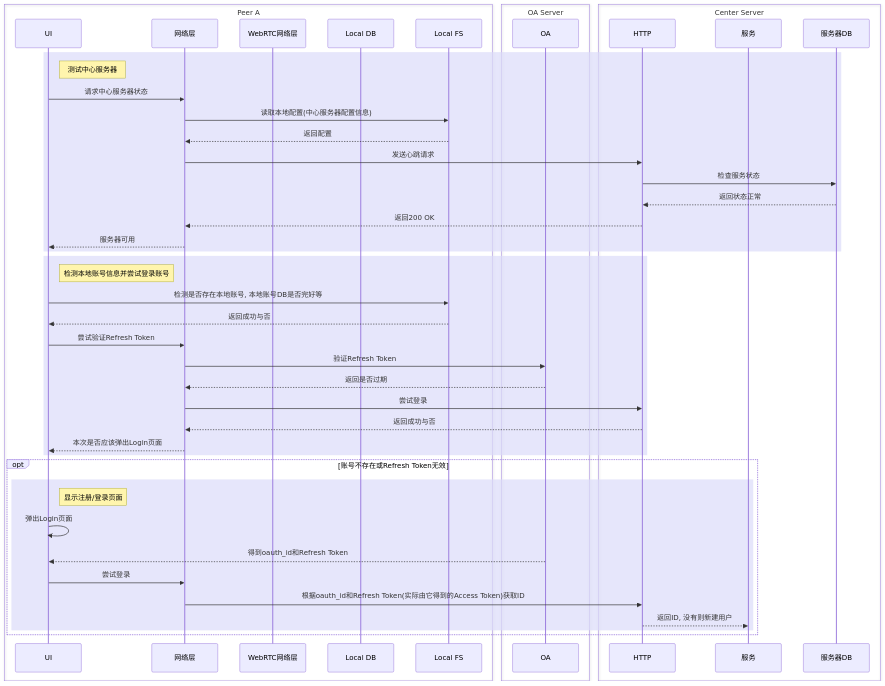
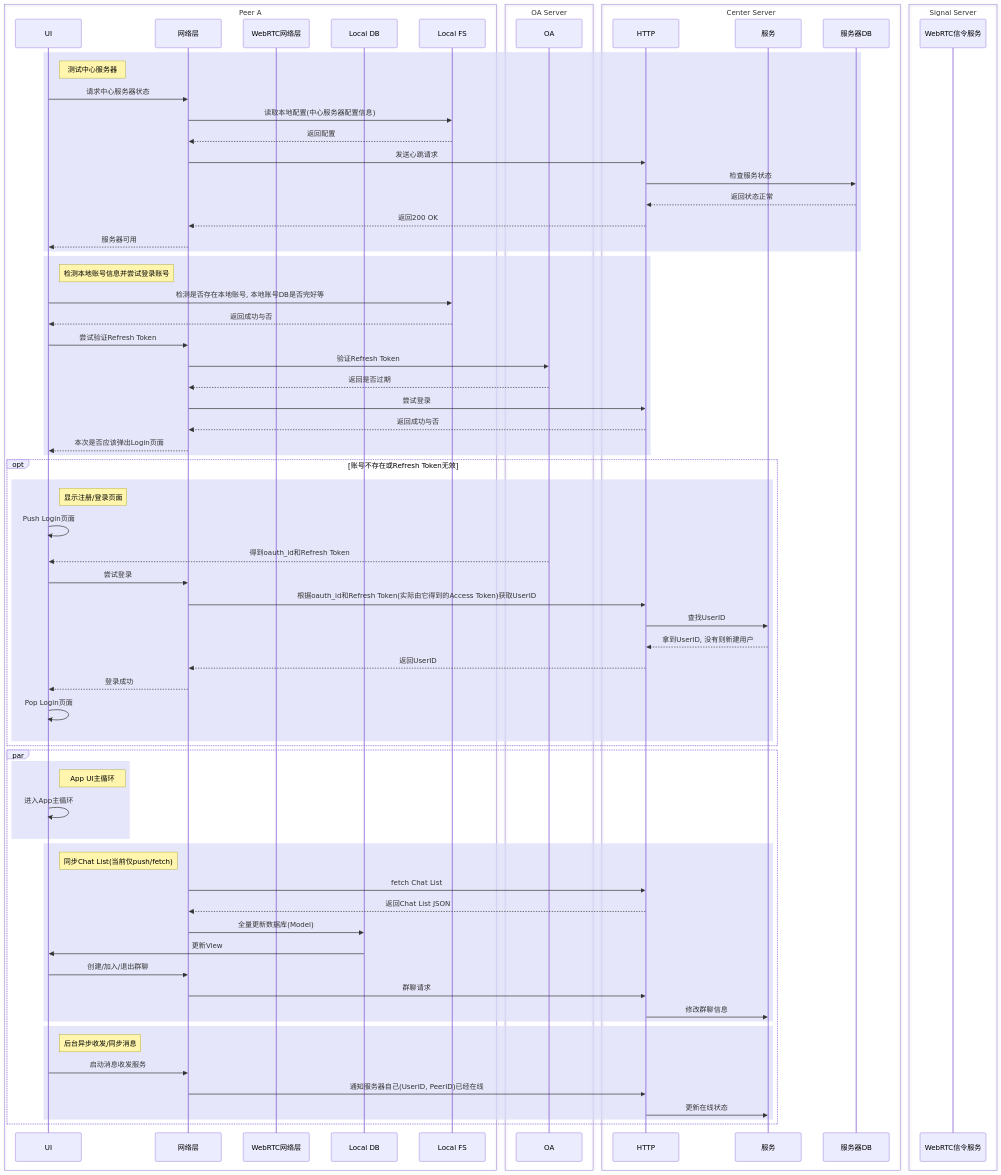
Before and after one commit to Bobby-Ling/Chatorrent: the diagram in docs/Design.md, drawn with Mermaid. The commit also changed other lines of this file, not shown here.

````diff
--- a/docs/Design.md
+++ b/docs/Design.md
@@ -40,6 +46,9 @@
         participant S_Http as HTTP
         participant S_Service as 服务
         participant S_DB as 服务器DB
+    end
+    box Signal Server #LightGreen
+        participant S_Signal as WebRTC信令服务
     end
 
     rect rgba(220, 220, 250, 0.7)
@@ -73,19 +82,46 @@
     %% (本次应该弹出Login页面)
         rect rgba(220, 220, 250, 0.7)
             Note right of C_UI: 显示注册/登录页面
-            C_UI->>C_UI: 弹出Login页面
+            C_UI->>C_UI: Push Login页面
             S_Endpoint-->>C_UI: 得到oauth_id和Refresh Token
             C_UI->>C_Net: 尝试登录
-            C_Net->>S_Http: 根据oauth_id和Refresh Token(实际由它得到的Access Token)获取ID
-            S_Http-->>S_Service: 返回ID, 没有则新建用户
+            C_Net->>S_Http: 根据oauth_id和Refresh Token(实际由它得到的Access Token)获取UserID
+            S_Http->>S_Service: 查找UserID
+            S_Service-->>S_Http: 拿到UserID, 没有则新建用户
+            S_Http-->>C_Net: 返回UserID
+            C_Net-->>C_UI: 登录成功
+            C_UI->>C_UI: Pop Login页面
         end
     end
     
-    %% 到这里, 已经登录成功, 可以根据ID从中心服务器获取各类信息
+    %% 到这里, 已经登录成功, 可以根据UserID从中心服务器获取各类信息
     %% 暂不考虑同一User多处登录时的列表同步
     
     %% 加载本地群聊数据, 展示Chat List页面, 进入App主循环
     %% 同时在后台异步同步/收发消息
-    
 
+    par
+        rect rgba(220, 220, 250, 0.7)
+            Note right of C_UI: App UI主循环
+            C_UI->>C_UI: 进入App主循环
+        end
+        rect rgba(220, 220, 250, 0.7)
+            Note right of C_UI: 同步Chat List(当前仅push/fetch)
+            %% 或者直接存JSON
+            C_Net->>S_Http: fetch Chat List
+            S_Http-->>C_Net: 返回Chat List JSON
+            C_Net->>C_DB: 全量更新数据库(Model)
+            C_DB->>C_UI: 更新View
+            %% TODO: 创建/加入/退出群聊???(还是要在中心服务器处理)
+            C_UI->>C_Net: 创建/加入/退出群聊
+            C_Net->>S_Http: 群聊请求
+            S_Http->>S_Service: 修改群聊信息
+        end
+        rect rgba(220, 220, 250, 0.7)
+            Note right of C_UI: 后台异步收发/同步消息
+            C_UI->>C_Net: 启动消息收发服务
+            C_Net->>S_Http: 通知服务器自己(UserID, PeerID)已经在线
+            S_Http->>S_Service: 更新在线状态
+        end
+    end
 ```
````
